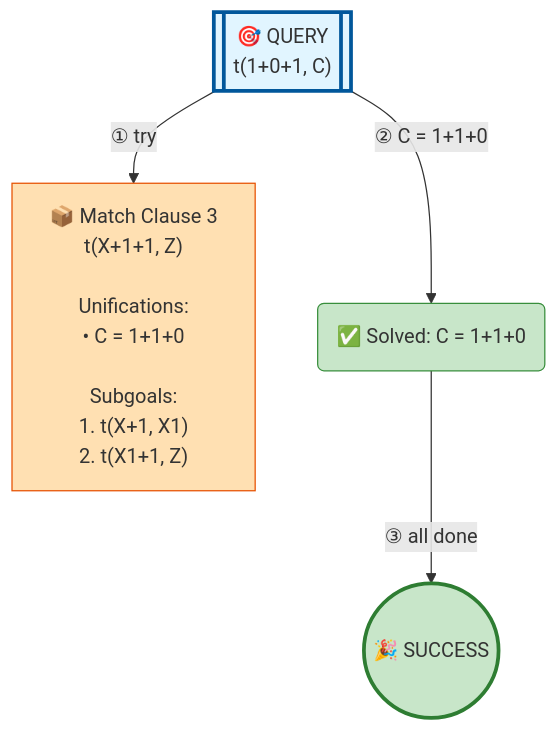
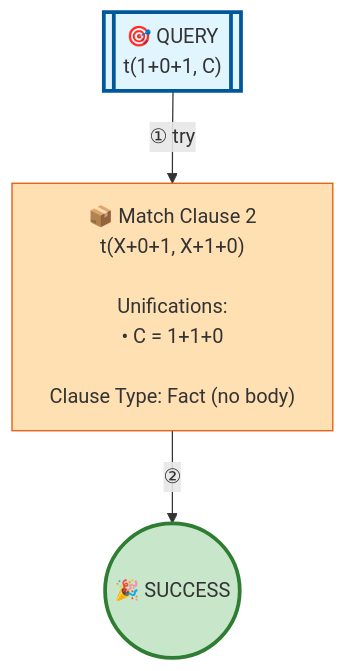
One commit to jarecsni/prolog-trace-viz changed the diagram in examples/operator-full.md. Above: the diagram before and after it, drawn with Mermaid. The commit also changed other lines of this file and 24 other files, not shown here.

````diff
--- a/examples/operator-full.md
+++ b/examples/operator-full.md
@@ -19,20 +19,17 @@
 ```mermaid
 graph TD
 
 %% Nodes
 A[["🎯 QUERY<br/>t(1+0+1, C)"]]
-B["📦 Match Clause 3<br/>t(X+1+1, Z)<br/><br/>Unifications:<br/>• C = 1+1+0<br/><br/>Subgoals:<br/>1. t(X+1, X1)<br/>2. t(X1+1, Z)"]
-C("✅ Solved: C = 1+1+0")
-D(("🎉 SUCCESS"))
+B["📦 Match Clause 2<br/>t(X+0+1, X+1+0)<br/><br/>Unifications:<br/>• C = 1+1+0<br/><br/>Clause Type: Fact (no body)"]
+C(("🎉 SUCCESS"))
 
 %% Edges
 A -->|"① try"| B
-A -->|"② C = 1+1+0"| C
-C -->|"③ all done"| D
+B -->|"②"| C
 
 %% Styles
 style A fill:#e1f5ff,stroke:#01579b,stroke-width:3px
 style B fill:#ffe0b2,stroke:#e65100
-style C fill:#c8e6c9,stroke:#388e3c
-style D fill:#c8e6c9,stroke:#2e7d32,stroke-width:3px
+style C fill:#c8e6c9,stroke:#2e7d32,stroke-width:3px
 ```
````
